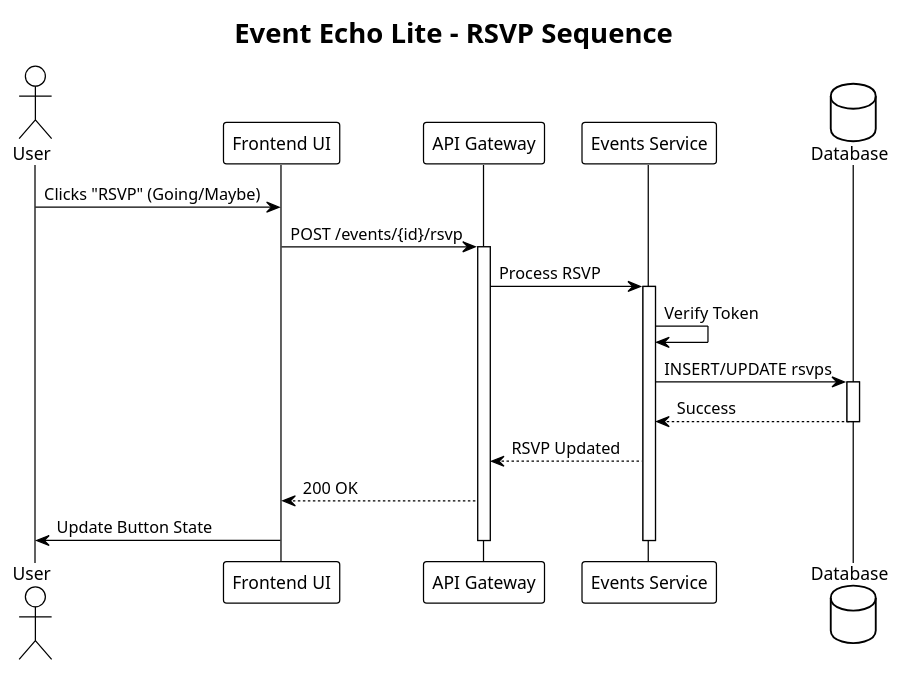
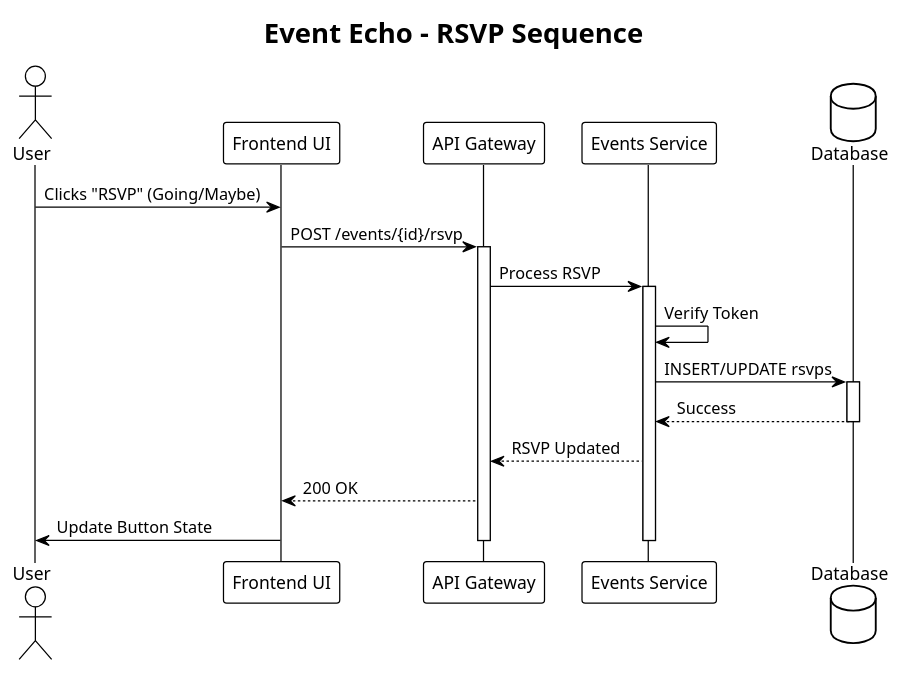
One commit to JoshuaCYin/Event-Echo-Lite changed the diagram in docs/diagrams/sequence_rsvp.puml. Above: the diagram before and after it, drawn with PlantUML. The commit also changed 7 other files, not shown here.

Commit message:
Fix issue in diagrams.

```diff
--- a/docs/diagrams/sequence_rsvp.puml
+++ b/docs/diagrams/sequence_rsvp.puml
@@ -1,32 +1,32 @@
 @startuml
 !theme plain
-title Event Echo Lite - RSVP Sequence
+title Event Echo - RSVP Sequence
 
 actor User
 participant "Frontend UI" as UI
 participant "API Gateway" as API
 participant "Events Service" as Events
 database "Database" as DB
 
 User -> UI : Clicks "RSVP" (Going/Maybe)
 UI -> API : POST /events/{id}/rsvp
 activate API
 
 API -> Events : Process RSVP
 activate Events
 
 Events -> Events : Verify Token
 
 Events -> DB : INSERT/UPDATE rsvps
 activate DB
 DB --> Events : Success
 deactivate DB
 
 Events --> API : RSVP Updated
 API --> UI : 200 OK
 UI -> User : Update Button State
 
 deactivate Events
 deactivate API
 
 @enduml
```
